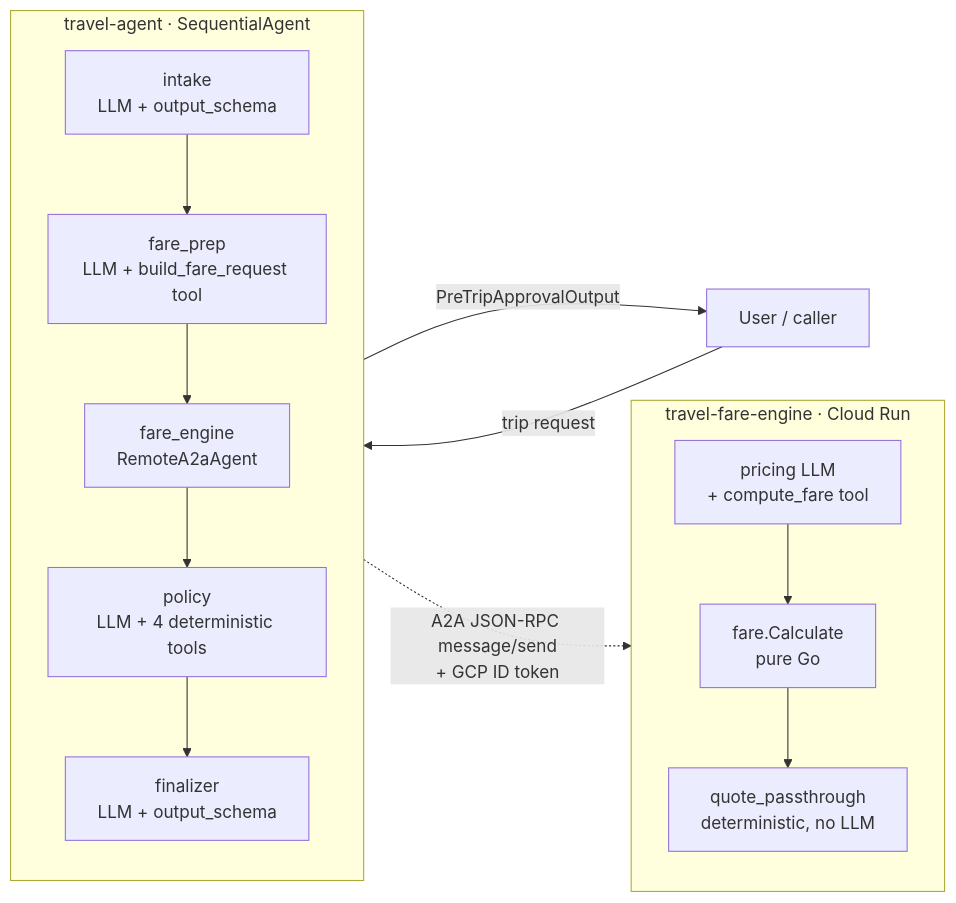
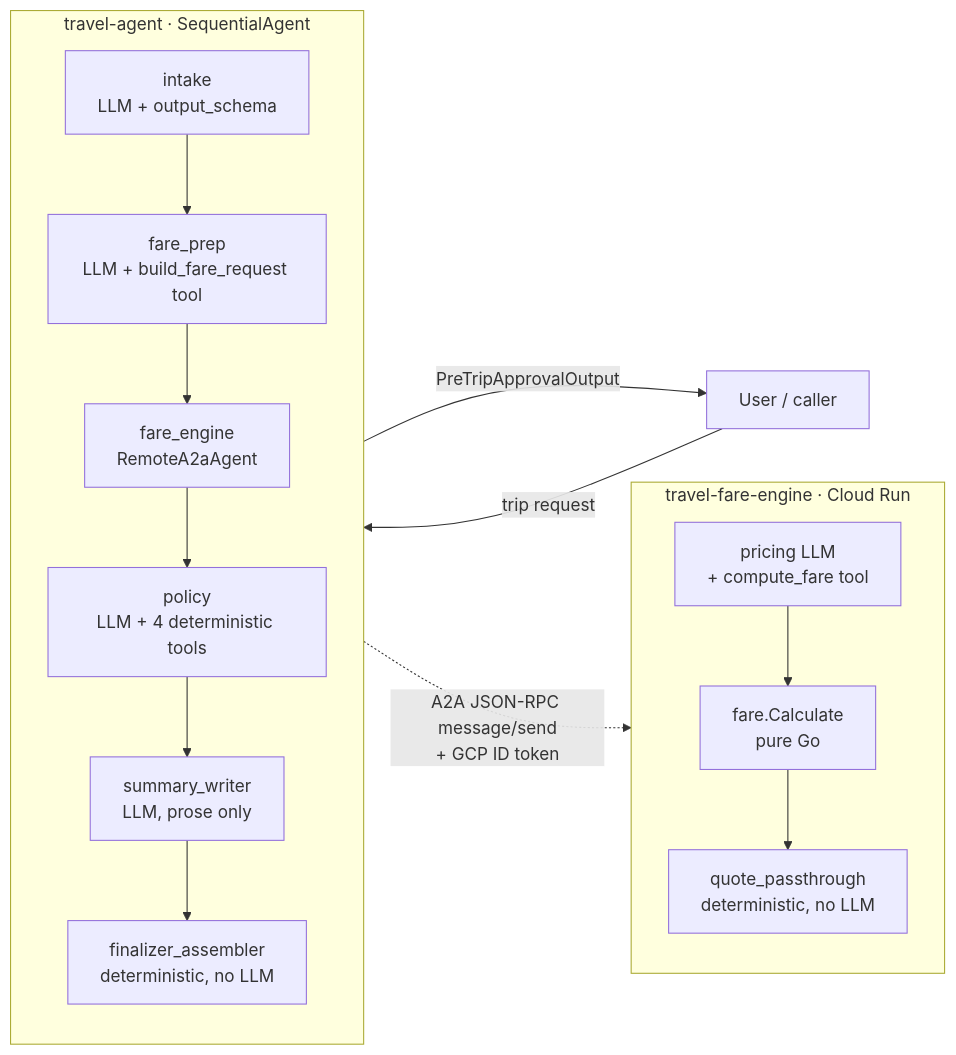
The diagram in docs/ARCHITECTURE.md (yakyetilabs/travel-agent), drawn with Mermaid before and after one commit. The commit also changed other lines of this file and 10 other files, not shown here.

First line of the commit message:
feat(finalizer): assemble the approval record in code, not through the LLM

````diff
--- a/docs/ARCHITECTURE.md
+++ b/docs/ARCHITECTURE.md
@@ -18,22 +18,23 @@
 ```mermaid
 flowchart LR
     U[User / caller] -->|trip request| ORCH
 
     subgraph ORCH[travel-agent  ·  SequentialAgent]
         direction TB
         I[intake<br/>LLM + output_schema] --> FP[fare_prep<br/>LLM + build_fare_request tool]
         FP --> FE[fare_engine<br/>RemoteA2aAgent]
         FE --> P[policy<br/>LLM + 4 deterministic tools]
-        P --> F[finalizer<br/>LLM + output_schema]
+        P --> SW[summary_writer<br/>LLM, prose only]
+        SW --> FA[finalizer_assembler<br/>deterministic, no LLM]
     end
 
     FE -.->|A2A JSON-RPC message/send<br/>+ GCP ID token| ENGINE
 
     subgraph ENGINE[travel-fare-engine  ·  Cloud Run]
         direction TB
         PR[pricing LLM<br/>+ compute_fare tool] --> CALC[fare.Calculate<br/>pure Go]
         CALC --> FMT[quote_passthrough<br/>deterministic, no LLM]
     end
 
-    F -->|PreTripApprovalOutput| U
+    FA -->|PreTripApprovalOutput| U
 ```
````
